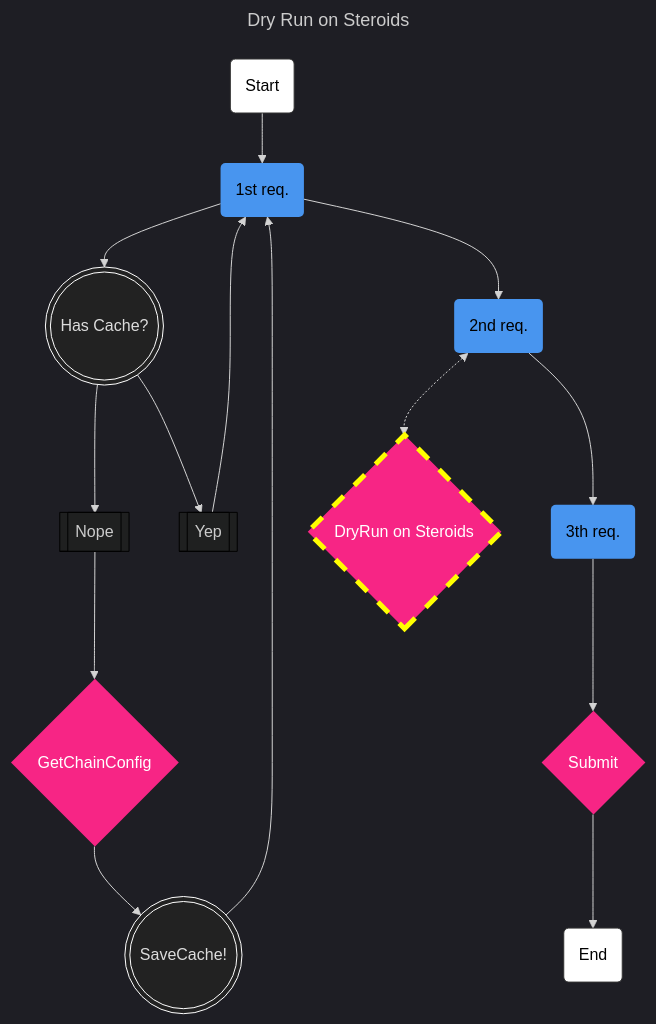
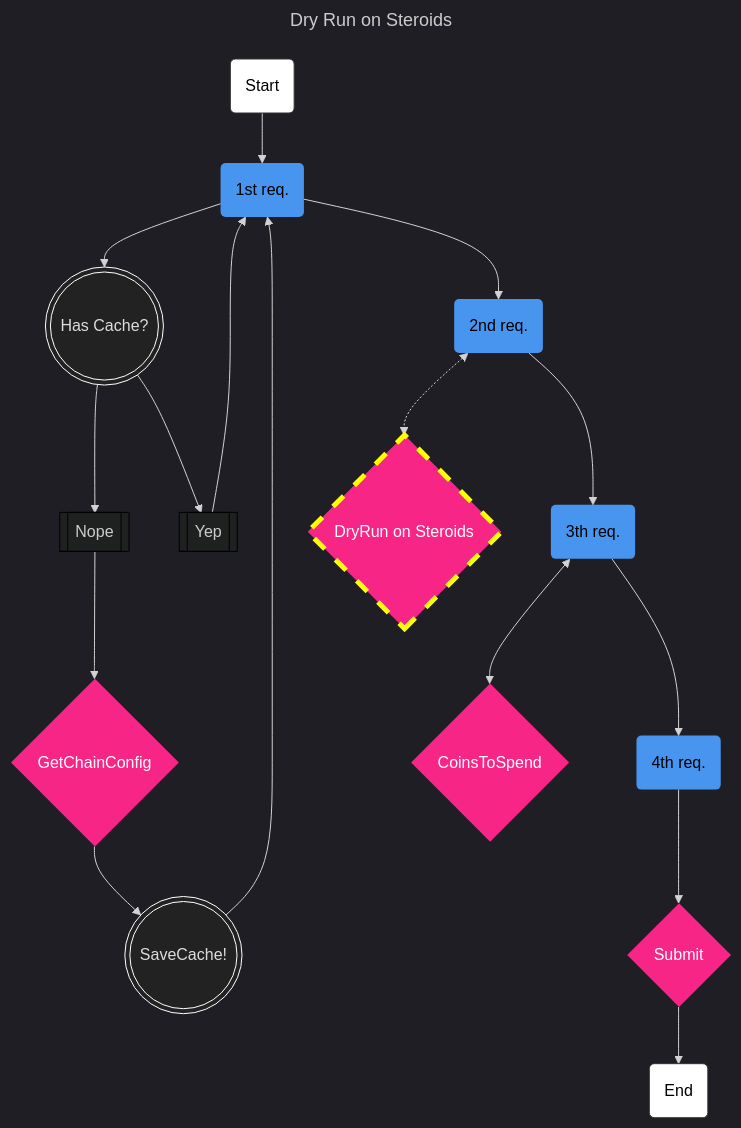
The fourth of 4 diagrams in README.md (Torres-ssf/tx-perf), drawn with Mermaid before and after one commit. The commit also changed other lines of this file, not shown here.

Commit message:
document missing request CoinsToSpend

````diff
--- a/README.md
+++ b/README.md
@@ -378,57 +389,59 @@
 ```mermaid
 ---
 title: Dry Run on Steroids
 theme: dark
 ---
 
 %%{
   init: {
     'theme': 'dark'
   }
 }%%
 
 flowchart TB
   Start(Start) --> First(1st req.)
   First --> Second(2nd req.)
   Second --> Third(3th req.)
+  Third --> Forth(4th req.)
 
   First --> HasConsensus(((Has Cache?)))
   HasConsensus --> Yep[[Yep]]
   HasConsensus --> Nope[[Nope]]
   Nope --> GetChainConfig{GetChainConfig}
   Yep -->First
 
   GetChainConfig -->SaveCache(((SaveCache!)))
   SaveCache --> First
 
   Second <-.-> DryRun{DryRun on Steroids}
-  Third --> Submit{Submit}
+  Third <--> CoinsToSpend{CoinsToSpend}
+  Forth --> Submit{Submit}
   Submit --> End(End)
 
 classDef default stroke:#000;
 
 classDef GqlRequest stroke:none, fill:#f72585, color:#fff;
 classDef Action stroke:#fff, fill:#222, color:#ddd;
 classDef StartEnd stroke:#333, fill:#fff, color:#000;
 classDef Steps stroke:none, fill:#4895ef, color:#000;
 
 class Start StartEnd;
 class End StartEnd;
 
 class GetChainConfig GqlRequest;
 class EstimateGasPrice GqlRequest;
 class DryRun GqlRequest;
+class CoinsToSpend GqlRequest;
 class Submit GqlRequest;
 class EstimatePredicate GqlRequest;
 
 class HasConsensus Action;
 class SaveCache Action;
 
 class First Steps
 class Second Steps
 class Third Steps
 class Forth Steps
-class Fifth Steps
 
 style DryRun stroke:yellow, stroke-width: 5px, stroke-dasharray:15 15;
 ```
````
